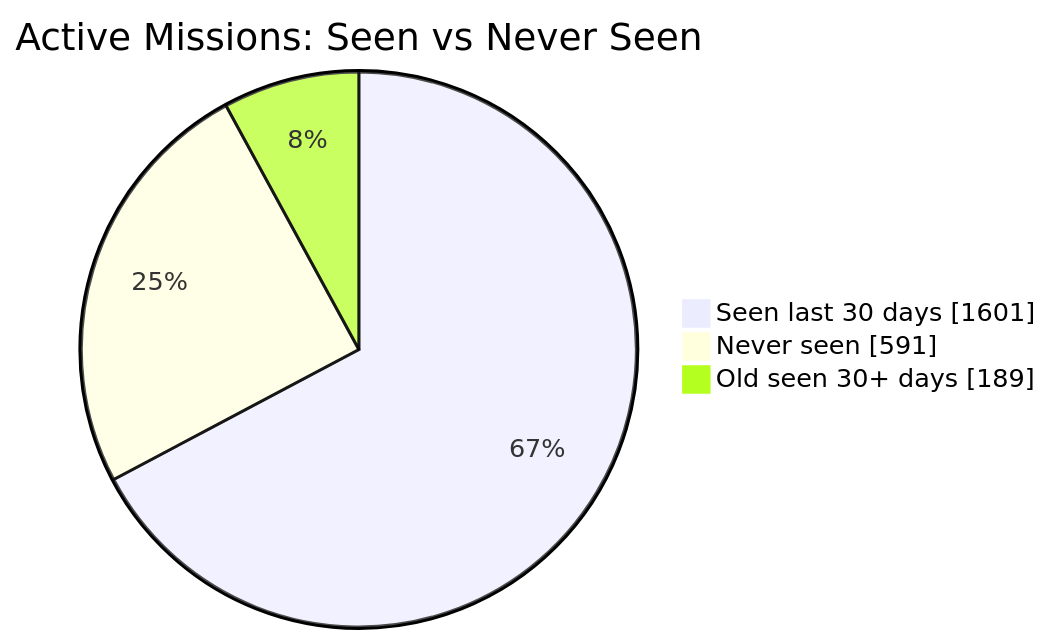
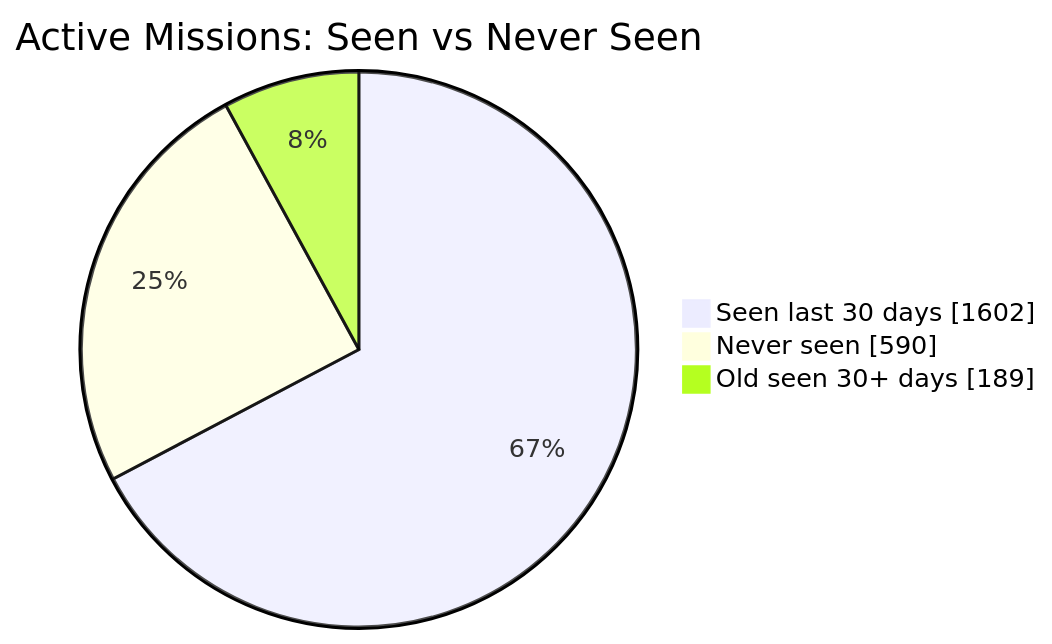
One commit to MeldkamerspelGameTeam/active-missions changed the first of 2 diagrams in README.md. Above: the diagram before and after it, drawn with Mermaid. The commit also changed other lines of this file and 2 other files, not shown here.

````diff
--- a/README.md
+++ b/README.md
@@ -34,7 +34,7 @@
 ```mermaid
 pie showData
     title Active Missions: Seen vs Never Seen
-    "Seen last 30 days" : 1601
-    "Never seen" : 591
+    "Seen last 30 days" : 1602
+    "Never seen" : 590
     "Old seen 30+ days" : 189
 ```
````
